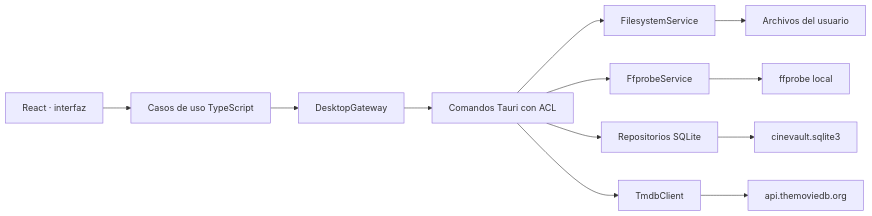
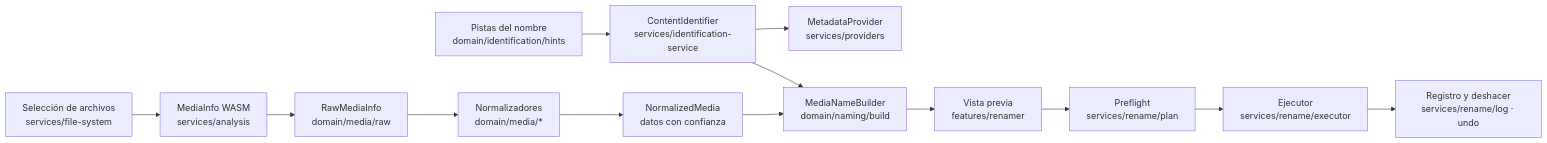
Before and after one commit to Ivan-Mourazos/cartelera-mou: the diagram in docs/architecture.md, drawn with Mermaid. The commit also changed other lines of this file and 69 other files, not shown here.

````diff
--- a/docs/architecture.md
+++ b/docs/architecture.md
@@ -24,14 +17,15 @@
 ```mermaid
 flowchart LR
-  UI["React · interfaz"] --> UC["Casos de uso TypeScript"]
-  UC --> GW["DesktopGateway"]
-  GW --> IPC["Comandos Tauri con ACL"]
-  IPC --> FS["FilesystemService"]
-  IPC --> FP["FfprobeService"]
-  IPC --> DB["Repositorios SQLite"]
-  IPC --> TM["TmdbClient"]
-  FS --> DISK["Archivos del usuario"]
-  FP --> BIN["ffprobe local"]
-  DB --> SQL["cinevault.sqlite3"]
-  TM --> API["api.themoviedb.org"]
+  P["Selección de archivos<br/>services/file-system"] --> A["MediaInfo WASM<br/>services/analysis"]
+  A --> R["RawMediaInfo<br/>domain/media/raw"]
+  R --> N["Normalizadores<br/>domain/media/*"]
+  N --> M["NormalizedMedia<br/>datos con confianza"]
+  H["Pistas del nombre<br/>domain/identification/hints"] --> I["ContentIdentifier<br/>services/identification-service"]
+  I --> PR["MetadataProvider<br/>services/providers"]
+  M --> B["MediaNameBuilder<br/>domain/naming/build"]
+  I --> B
+  B --> V["Vista previa<br/>features/renamer"]
+  V --> PL["Preflight<br/>services/rename/plan"]
+  PL --> EX["Ejecutor<br/>services/rename/executor"]
+  EX --> U["Registro y deshacer<br/>services/rename/log · undo"]
 ```
````
